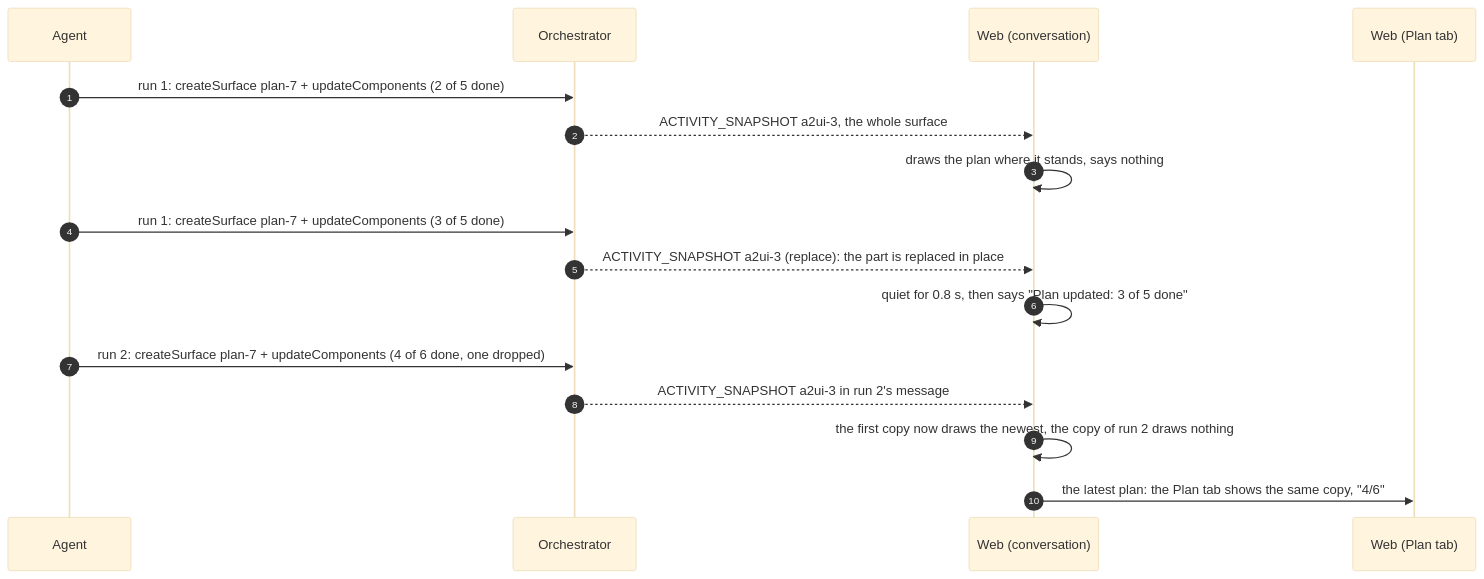
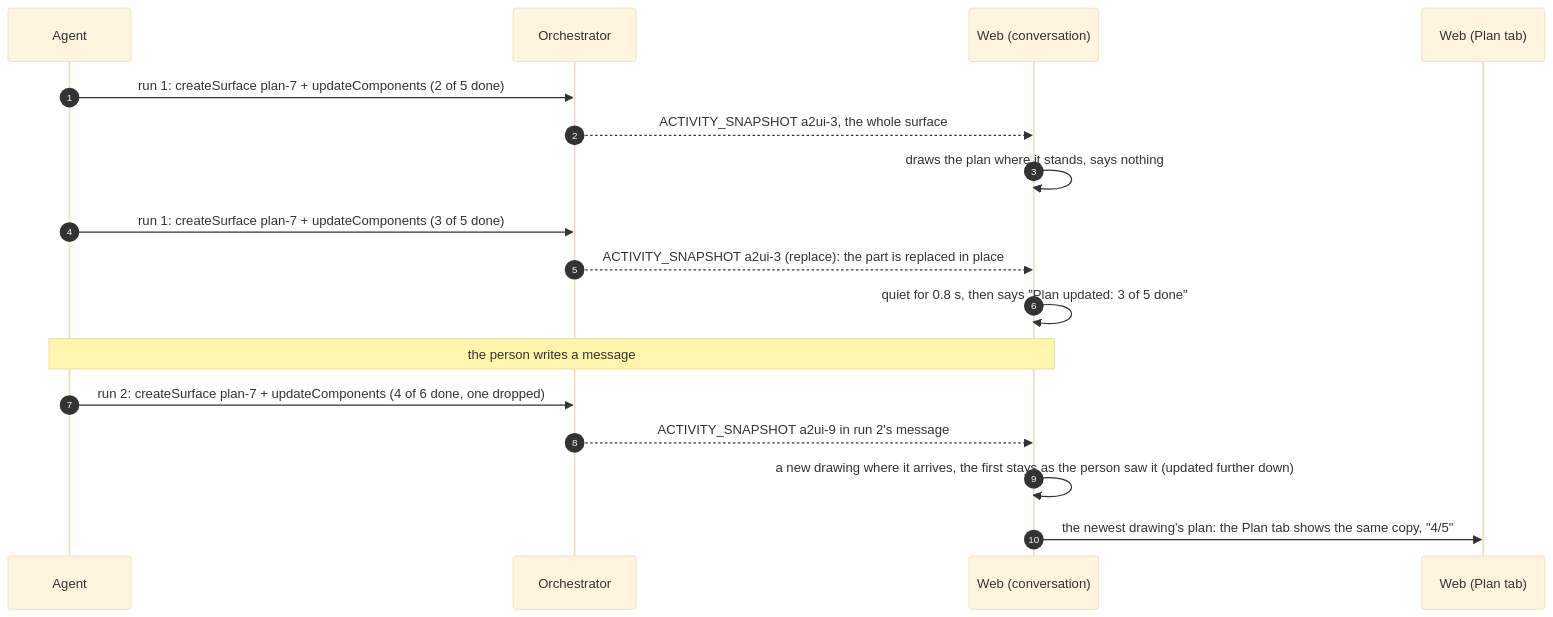
Before and after one commit to vymalo/another-agentic-system: the third of 3 diagrams in docs/api/ui-catalog-v1.md, drawn with Mermaid (base theme). The commit also changed other lines of this file and 20 other files, not shown here.

````diff
--- a/docs/api/ui-catalog-v1.md
+++ b/docs/api/ui-catalog-v1.md
@@ -2278,19 +2331,20 @@
 ```mermaid
 sequenceDiagram
   autonumber
   participant A as Agent
   participant O as Orchestrator
   participant W as Web (conversation)
   participant P as Web (Plan tab)
 
   A->>O: run 1: createSurface plan-7 + updateComponents (2 of 5 done)
   O-->>W: ACTIVITY_SNAPSHOT a2ui-3, the whole surface
   W->>W: draws the plan where it stands, says nothing
   A->>O: run 1: createSurface plan-7 + updateComponents (3 of 5 done)
   O-->>W: ACTIVITY_SNAPSHOT a2ui-3 (replace): the part is replaced in place
   W->>W: quiet for 0.8 s, then says "Plan updated: 3 of 5 done"
+  Note over A,W: the person writes a message
   A->>O: run 2: createSurface plan-7 + updateComponents (4 of 6 done, one dropped)
-  O-->>W: ACTIVITY_SNAPSHOT a2ui-3 in run 2's message
-  W->>W: the first copy now draws the newest, the copy of run 2 draws nothing
-  W->>P: the latest plan: the Plan tab shows the same copy, "4/6"
+  O-->>W: ACTIVITY_SNAPSHOT a2ui-9 in run 2's message
+  W->>W: a new drawing where it arrives, the first stays as the person saw it (updated further down)
+  W->>P: the newest drawing's plan: the Plan tab shows the same copy, "4/5"
 ```
````
